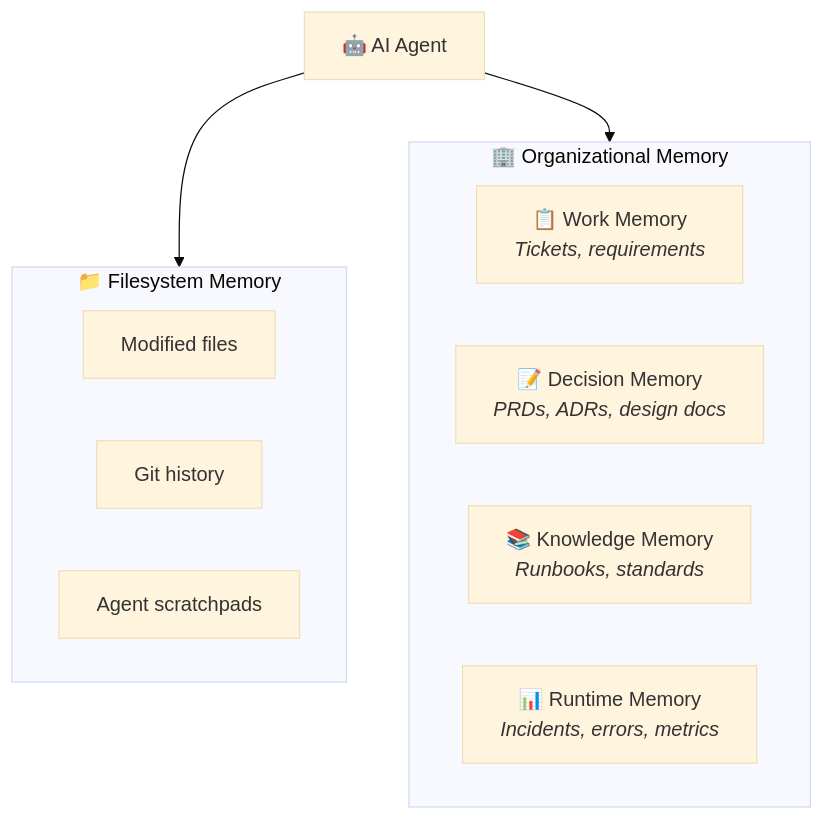
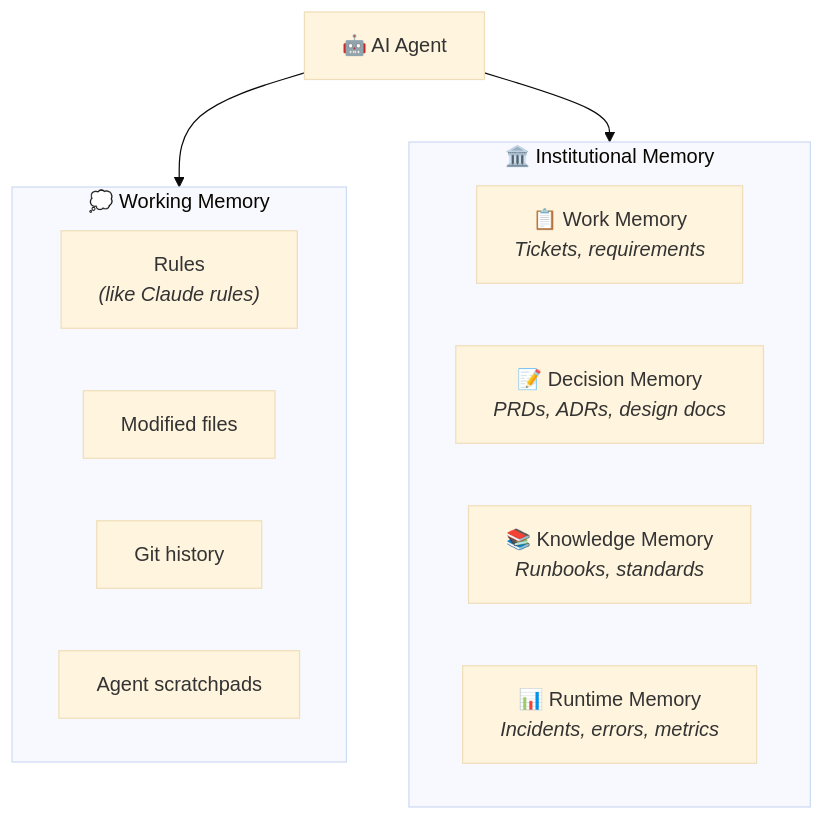
The fourth of 10 diagrams in website/content/papers/ai-dlc-2026.md (TheBushidoCollective/han), drawn with Mermaid (base theme) before and after one commit. The commit also changed other lines of this file and 2 other files, not shown here.

First line of the commit message:
feat(website): enhance HITL/HOTL diagrams with improved layout and emojis

````diff
--- a/website/content/papers/ai-dlc-2026.md
+++ b/website/content/papers/ai-dlc-2026.md
@@ -254,18 +259,19 @@
 ```mermaid
 flowchart TB
-    subgraph Filesystem["📁 Filesystem Memory"]
-        F1["Modified files"]
-        F2["Git history"]
-        F3["Agent scratchpads"]
+    subgraph Filesystem["💭 Working Memory"]
+        F1["Rules<br/><i>(like Claude rules)</i>"]
+        F2["Modified files"]
+        F3["Git history"]
+        F4["Agent scratchpads"]
     end
 
-    subgraph Organizational["🏢 Organizational Memory"]
+    subgraph Organizational["🏛️ Institutional Memory"]
         O1["📋 Work Memory<br/><i>Tickets, requirements</i>"]
         O2["📝 Decision Memory<br/><i>PRDs, ADRs, design docs</i>"]
         O3["📚 Knowledge Memory<br/><i>Runbooks, standards</i>"]
         O4["📊 Runtime Memory<br/><i>Incidents, errors, metrics</i>"]
     end
 
     Agent["🤖 AI Agent"] --> Filesystem
     Agent --> Organizational
 ```
````
